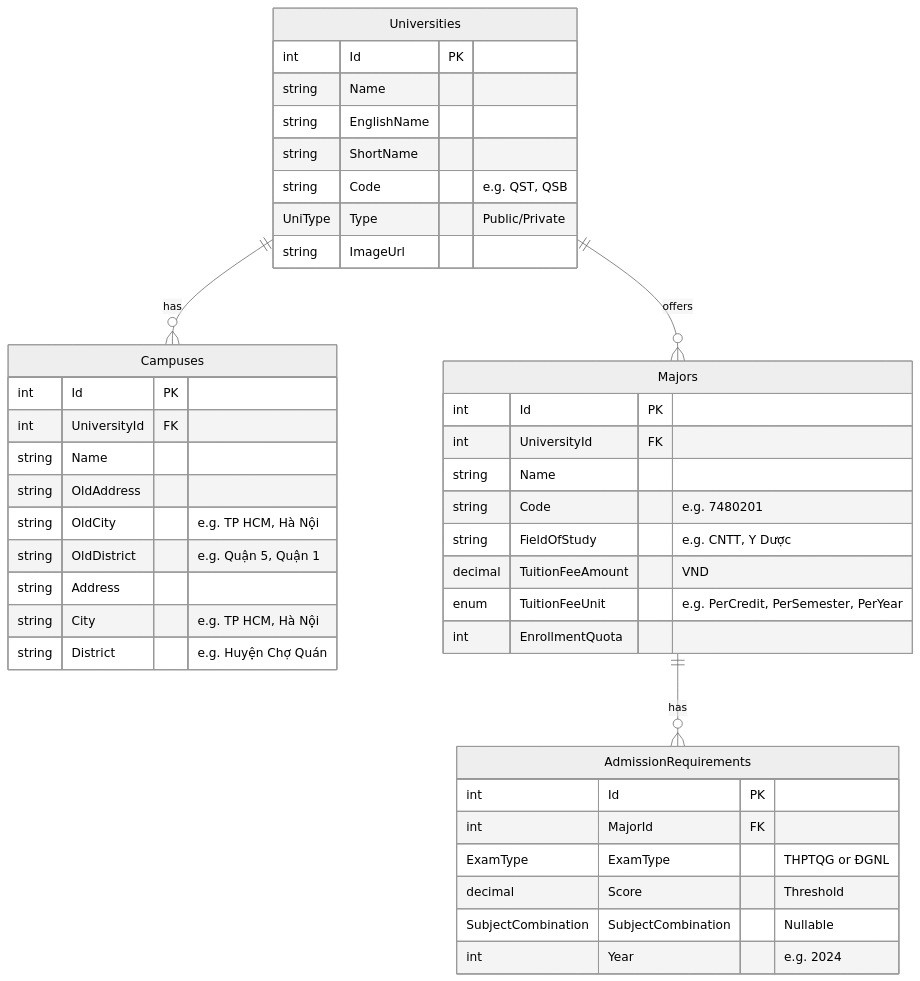
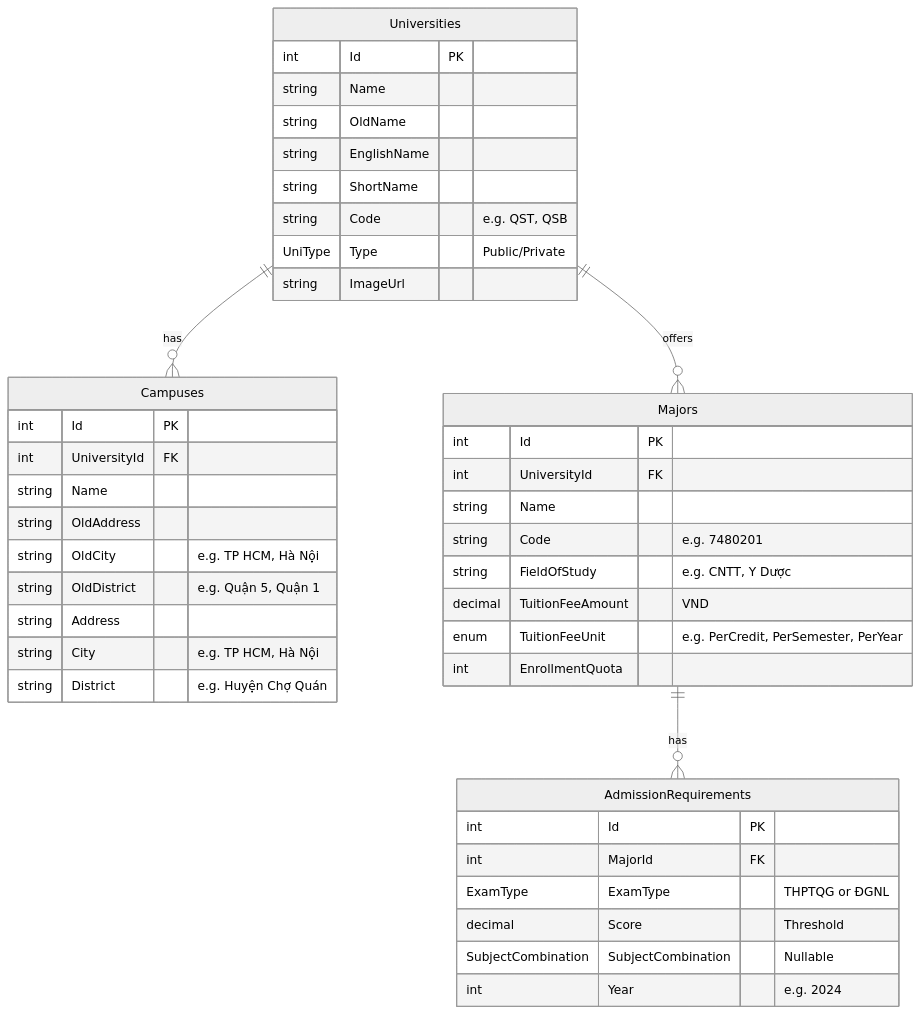
Before and after one commit to longhuynhdev/TimTruong: the diagram in docs/ER-model.md, drawn with Mermaid (neutral theme). The commit also changed 6 other files, not shown here.

````diff
--- a/docs/ER-model.md
+++ b/docs/ER-model.md
@@ -1,49 +1,50 @@
 ```mermaid
 erDiagram
     Universities ||--o{ Campuses : "has"
     Universities ||--o{ Majors : "offers"
     Majors ||--o{ AdmissionRequirements : "has"
 
     Universities {
         int Id PK
         string Name
+        string OldName
         string EnglishName
         string ShortName
         string Code "e.g. QST, QSB"
         UniType Type "Public/Private"
         string ImageUrl
     }
 
     Campuses {
         int Id PK
         int UniversityId FK
         string Name
         string OldAddress
         string OldCity "e.g. TP HCM, Hà Nội"
         string OldDistrict "e.g. Quận 5, Quận 1"
         string Address
         string City "e.g. TP HCM, Hà Nội"
         string District "e.g. Huyện Chợ Quán"
 
     }
 
     Majors {
         int Id PK
         int UniversityId FK
         string Name
         string Code "e.g. 7480201"
         string FieldOfStudy "e.g. CNTT, Y Dược"
         decimal TuitionFeeAmount "VND"
         enum TuitionFeeUnit "e.g. PerCredit, PerSemester, PerYear"
         int EnrollmentQuota
     }
 
     AdmissionRequirements {
         int Id PK
         int MajorId FK
         ExamType ExamType "THPTQG or ĐGNL"
         decimal Score "Threshold"
         SubjectCombination SubjectCombination "Nullable"
         int Year "e.g. 2024"
     }
 ```    
````
